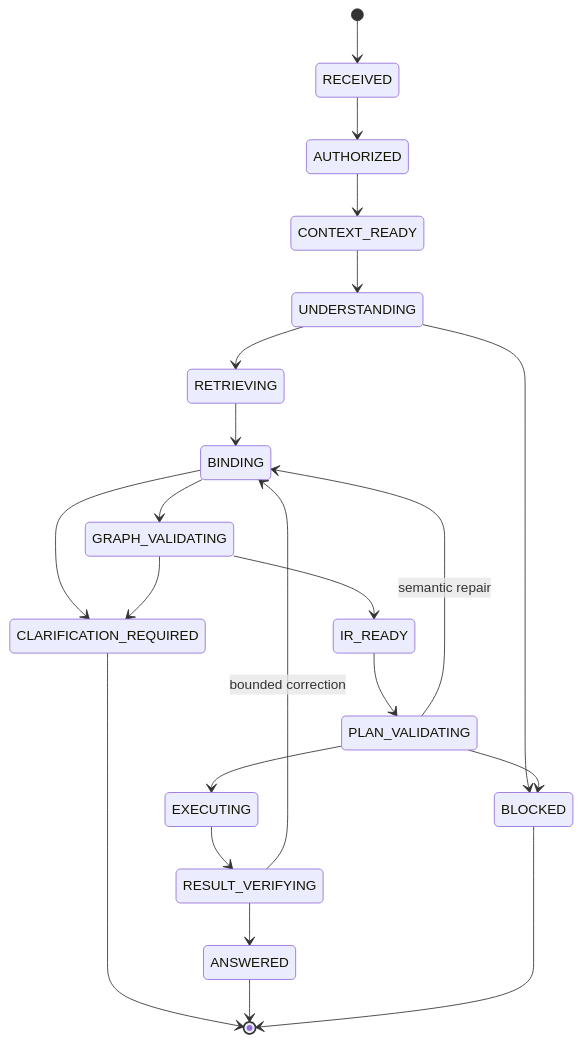
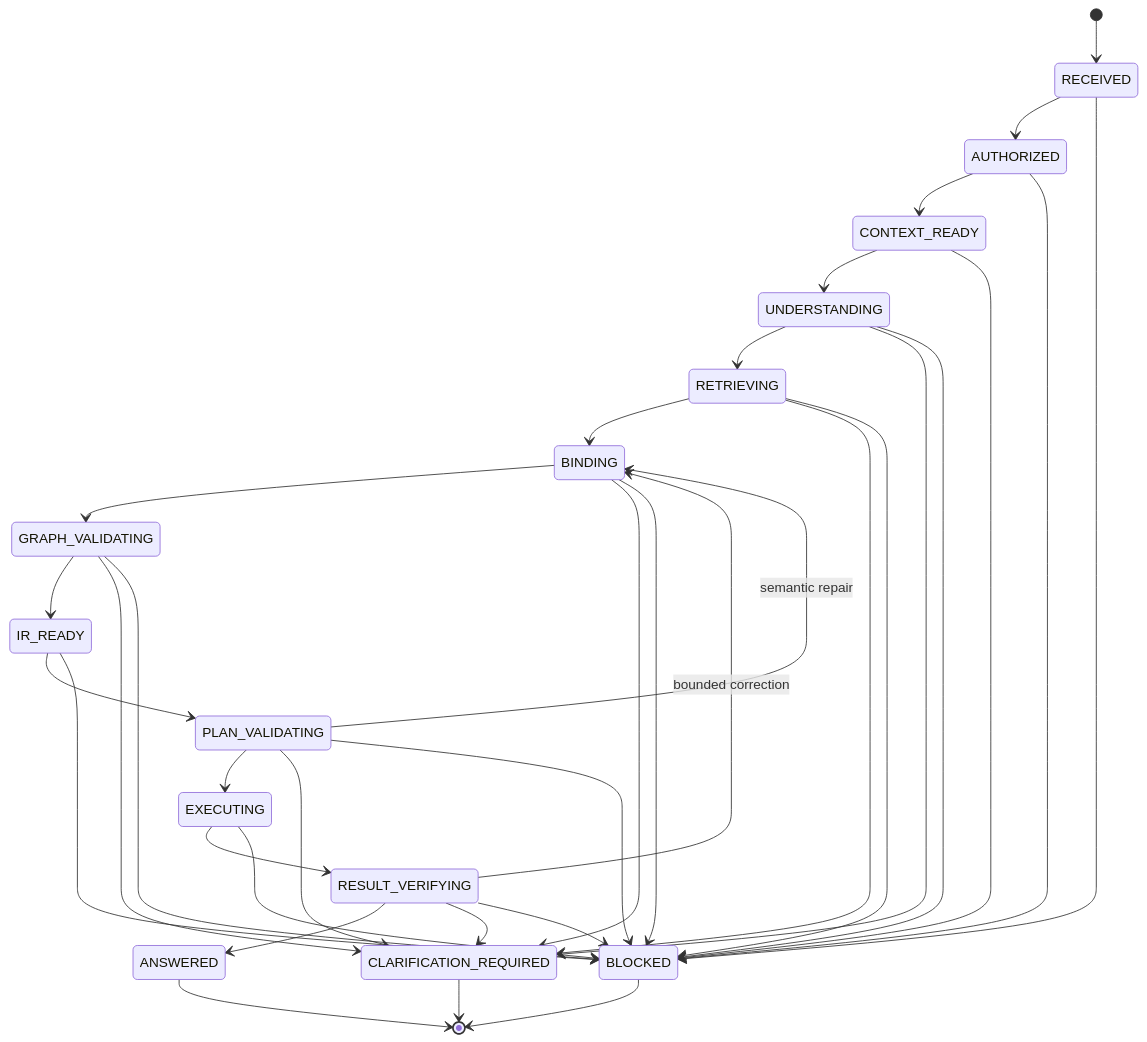
One commit to 331819353/intelligent_report_generation_system changed the second of 2 diagrams in ASK_DATA_TECHNICAL_DESIGN.md. Above: the diagram before and after it, drawn with Mermaid. The commit also changed other lines of this file and 92 other files, not shown here.

````diff
--- a/ASK_DATA_TECHNICAL_DESIGN.md
+++ b/ASK_DATA_TECHNICAL_DESIGN.md
@@ -570,25 +631,38 @@
 ```mermaid
 stateDiagram-v2
     [*] --> RECEIVED
     RECEIVED --> AUTHORIZED
     AUTHORIZED --> CONTEXT_READY
     CONTEXT_READY --> UNDERSTANDING
     UNDERSTANDING --> RETRIEVING
     RETRIEVING --> BINDING
     BINDING --> GRAPH_VALIDATING
     GRAPH_VALIDATING --> IR_READY
     IR_READY --> PLAN_VALIDATING
     PLAN_VALIDATING --> EXECUTING
     EXECUTING --> RESULT_VERIFYING
     RESULT_VERIFYING --> ANSWERED
 
+    RECEIVED --> BLOCKED
+    AUTHORIZED --> BLOCKED
+    CONTEXT_READY --> BLOCKED
+    UNDERSTANDING --> CLARIFICATION_REQUIRED
     BINDING --> CLARIFICATION_REQUIRED
     GRAPH_VALIDATING --> CLARIFICATION_REQUIRED
+    RETRIEVING --> CLARIFICATION_REQUIRED
+    PLAN_VALIDATING --> CLARIFICATION_REQUIRED
+    RESULT_VERIFYING --> CLARIFICATION_REQUIRED
     RESULT_VERIFYING --> BINDING: bounded correction
     PLAN_VALIDATING --> BINDING: semantic repair
     UNDERSTANDING --> BLOCKED
+    RETRIEVING --> BLOCKED
+    BINDING --> BLOCKED
+    GRAPH_VALIDATING --> BLOCKED
+    IR_READY --> BLOCKED
     PLAN_VALIDATING --> BLOCKED
+    EXECUTING --> BLOCKED
+    RESULT_VERIFYING --> BLOCKED
     CLARIFICATION_REQUIRED --> [*]
     ANSWERED --> [*]
     BLOCKED --> [*]
 ```
````
